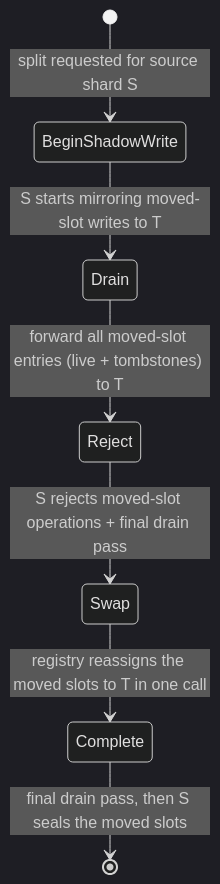
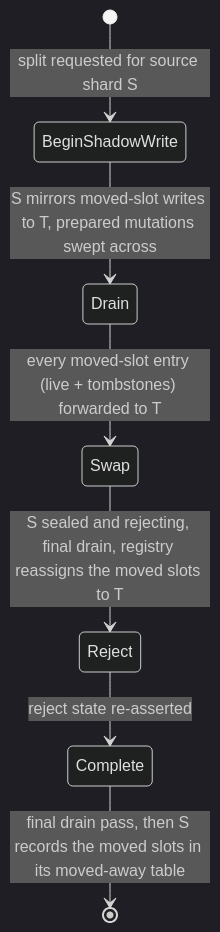
One commit to NSTA1/Orleans.Lattice changed the diagram in docs/lattice/shard-splitting.md. Above: the diagram before and after it, drawn with Mermaid (dark theme). The commit also changed other lines of this file and 514 other files, not shown here.

````diff
--- a/docs/lattice/shard-splitting.md
+++ b/docs/lattice/shard-splitting.md
@@ -24,9 +24,9 @@
 ```mermaid
 stateDiagram-v2
     [*] --> BeginShadowWrite : split requested for source shard S
-    BeginShadowWrite --> Drain : S starts mirroring moved-slot writes to T
-    Drain --> Reject : forward all moved-slot entries (live + tombstones) to T
-    Reject --> Swap : S rejects moved-slot operations + final drain pass
-    Swap --> Complete : registry reassigns the moved slots to T in one call
-    Complete --> [*] : final drain pass, then S seals the moved slots
+    BeginShadowWrite --> Drain : S mirrors moved-slot writes to T, prepared mutations swept across
+    Drain --> Swap : every moved-slot entry (live + tombstones) forwarded to T
+    Swap --> Reject : S sealed and rejecting, final drain, registry reassigns the moved slots to T
+    Reject --> Complete : reject state re-asserted
+    Complete --> [*] : final drain pass, then S records the moved slots in its moved-away table
 ```
````
